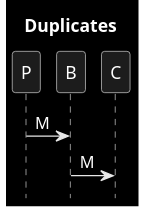
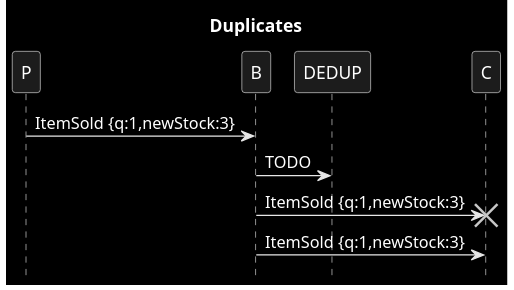
The diagram in patterns/1_duplicates.puml (victorrentea/kafka), drawn with PlantUML before and after one commit. The commit also changed 14 other files, not shown here.

```diff
--- a/patterns/1_duplicates.puml
+++ b/patterns/1_duplicates.puml
@@ -1,8 +1,10 @@
 @startuml
 title Duplicates
 hide footbox
 skinparam monochrome reverse
 
-P->B: M
-B->C: M
+P->B: ItemSold {q:1,newStock:3}
+B->DEDUP:  TODO
+B->C!!: ItemSold {q:1,newStock:3}
+B->C: ItemSold {q:1,newStock:3}
 @enduml
```
